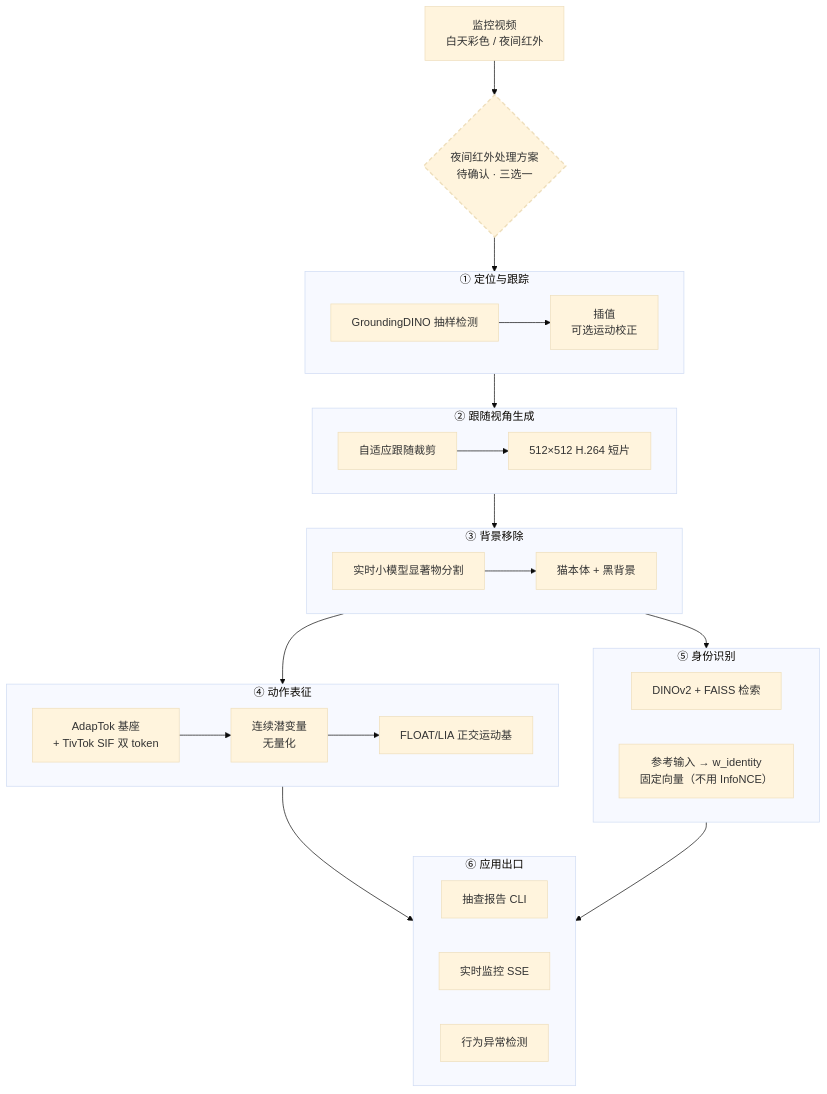
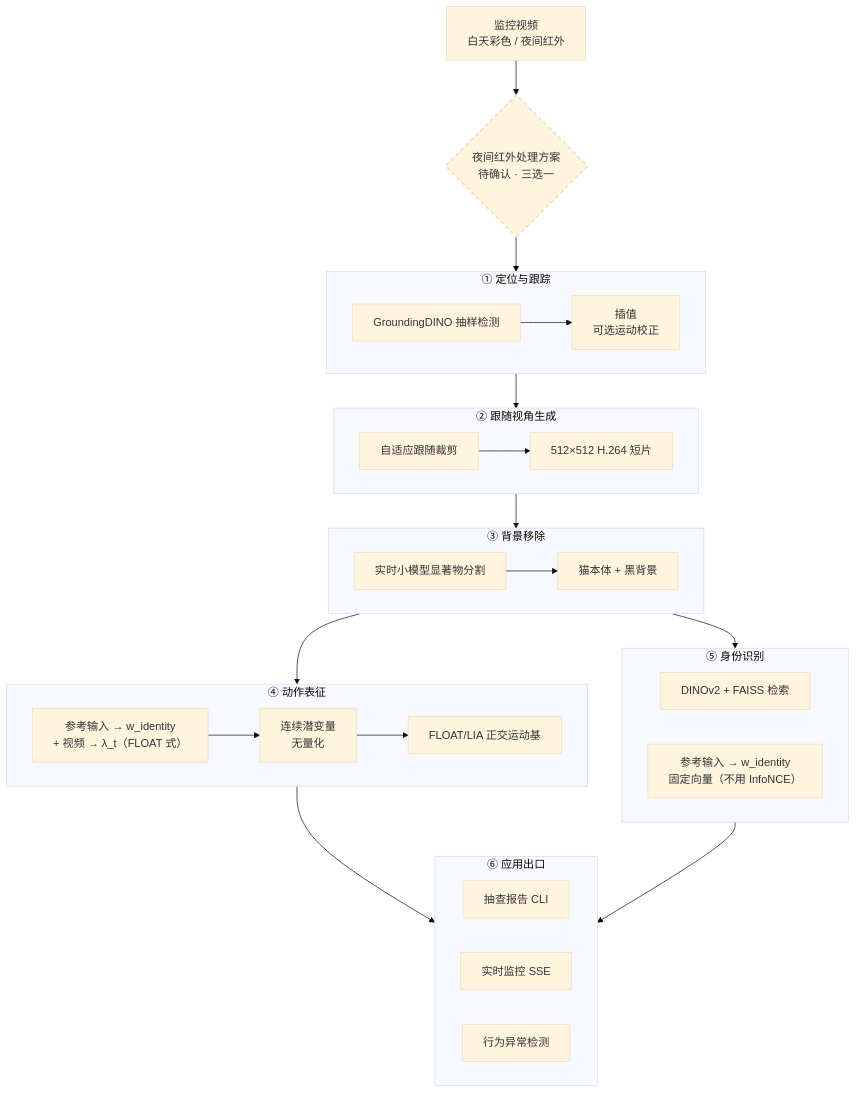
One commit to gongshangzheng/pet-action-recognition changed the first of 7 diagrams in management/docs/architecture.md. Above: the diagram before and after it, drawn with Mermaid (base theme). The commit also changed other lines of this file and 5 other files, not shown here.

First line of the commit message:
design(identity): 架构主源转向 FLOAT，TivTok SIF 退出主线（整理为备档文档）

````diff
--- a/management/docs/architecture.md
+++ b/management/docs/architecture.md
@@ -43,45 +43,45 @@
 ```mermaid
 flowchart TD
     V[监控视频<br/>白天彩色 / 夜间红外] --> IRQ{"夜间红外处理方案<br/>待确认 · 三选一"}
     IRQ --> S1
 
     subgraph S1["① 定位与跟踪"]
         A1[GroundingDINO 抽样检测] --> A2[插值<br/>可选运动校正]
     end
 
     S1 --> S2
 
     subgraph S2["② 跟随视角生成"]
         B1[自适应跟随裁剪] --> B2[512×512 H.264 短片]
     end
 
     S2 --> S3
 
     subgraph S3["③ 背景移除"]
         C1[实时小模型显著物分割] --> C2[猫本体 + 黑背景]
     end
 
     S3 --> S4
     S3 --> S5
 
     subgraph S4["④ 动作表征"]
-        D1[AdapTok 基座<br/>+ TivTok SIF 双 token] --> D2[连续潜变量<br/>无量化]
+        D1["参考输入 → w_identity<br/>+ 视频 → λ_t（FLOAT 式）"] --> D2[连续潜变量<br/>无量化]
         D2 --> D3[FLOAT/LIA 正交运动基]
     end
 
     subgraph S5["⑤ 身份识别"]
         E1[DINOv2 + FAISS 检索]
         E2["参考输入 → w_identity<br/>固定向量（不用 InfoNCE）"]
     end
 
     S4 --> S6
     S5 --> S6
 
     subgraph S6["⑥ 应用出口"]
         F1[抽查报告 CLI]
         F2[实时监控 SSE]
         F3[行为异常检测]
     end
 
     style IRQ stroke-dasharray: 6 4,stroke-width:2px
 ```
````
